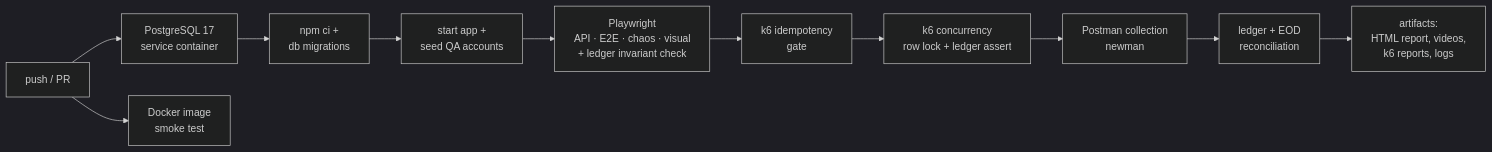
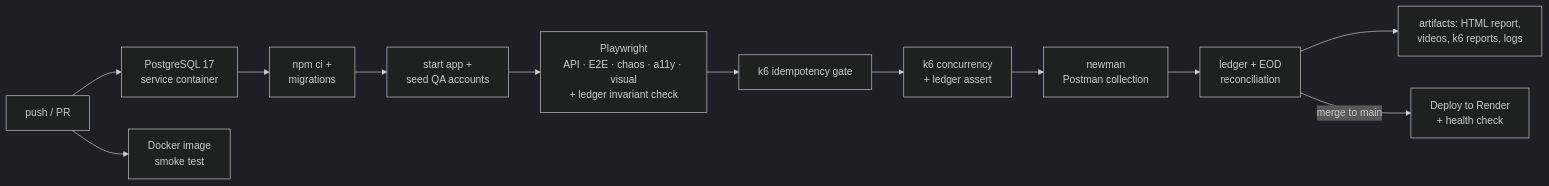
Before and after one commit to brylleopada77/PayPulse: the fourth of 4 diagrams in README.md, drawn with Mermaid (dark theme). The commit also changed other lines of this file and 1 other file, not shown here.

Commit message:
README: portfolio rewrite (summary, core features, setup, architecture and data flow); add npm run test:e2e

````diff
--- a/README.md
+++ b/README.md
@@ -190,13 +331,14 @@
 ```mermaid
 flowchart LR
   A[push / PR] --> B[PostgreSQL 17<br>service container]
-  B --> C[npm ci +<br>db migrations]
+  B --> C[npm ci +<br>migrations]
   C --> D[start app +<br>seed QA accounts]
-  D --> E[Playwright<br>API · E2E · chaos · visual<br>+ ledger invariant check]
-  E --> F[k6 idempotency<br>gate]
-  F --> G[k6 concurrency<br>row lock + ledger assert]
-  G --> P[Postman collection<br>newman]
+  D --> E[Playwright<br>API · E2E · chaos · a11y · visual<br>+ ledger invariant check]
+  E --> F[k6 idempotency gate]
+  F --> G[k6 concurrency<br>+ ledger assert]
+  G --> P[newman<br>Postman collection]
   P --> H[ledger + EOD<br>reconciliation]
-  H --> I[artifacts:<br>HTML report, videos,<br>k6 reports, logs]
+  H --> I[artifacts: HTML report,<br>videos, k6 reports, logs]
   A --> J[Docker image<br>smoke test]
+  H -- "merge to main" --> K[Deploy to Render<br>+ health check]
 ```
````
